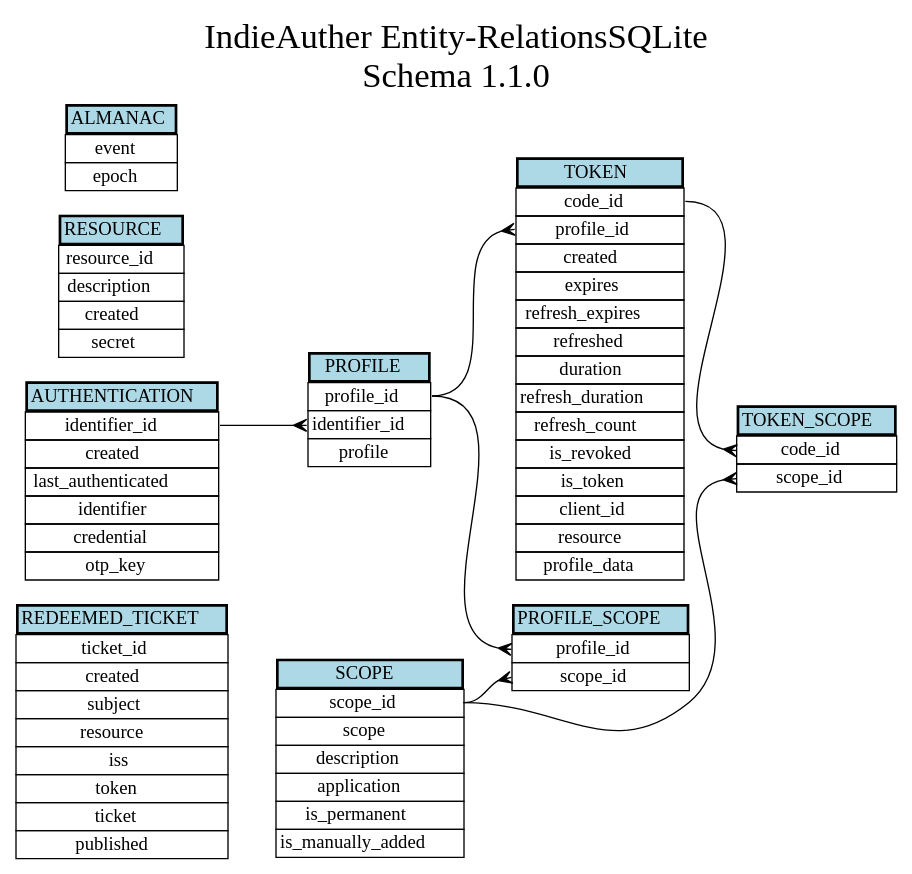
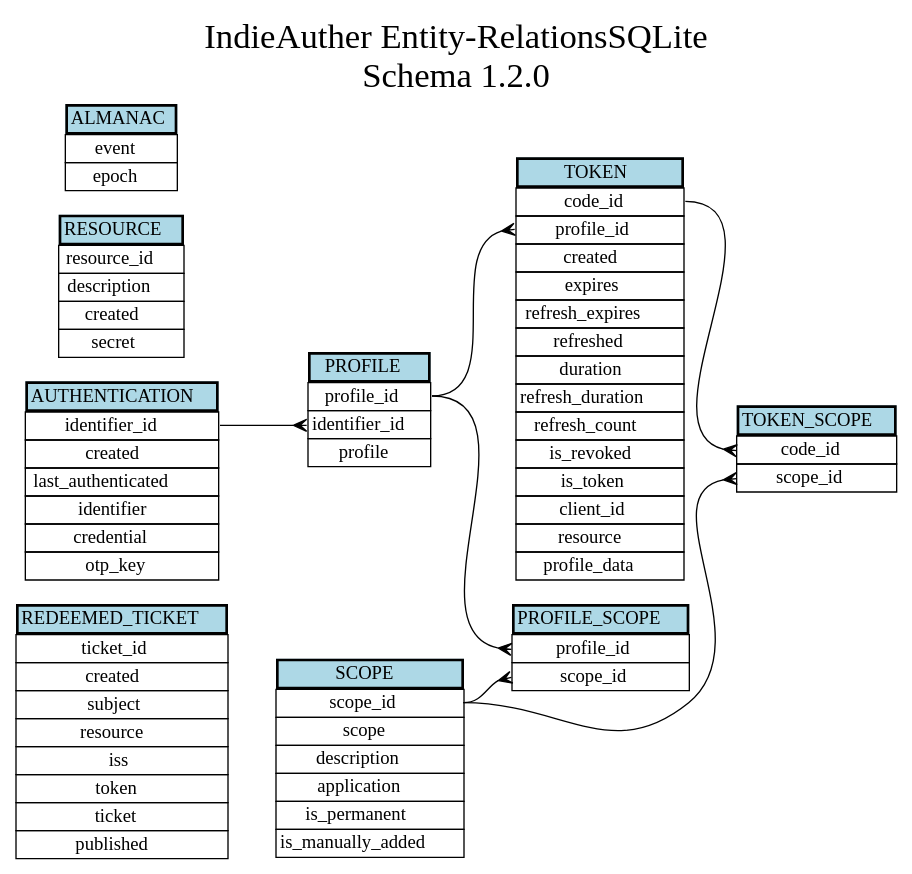
One commit to thylacine/indie-auther changed the diagram in src/db/sqlite/sql/schema/1.2.0/er.dot. Above: the diagram before and after it, drawn with Graphviz. The commit also changed 3 other files, not shown here.

Commit message:
fix latest db schema erd version

```diff
--- a/src/db/sqlite/sql/schema/1.2.0/er.dot
+++ b/src/db/sqlite/sql/schema/1.2.0/er.dot
@@ -1,121 +1,121 @@
 digraph indieAutherERD {
 	graph[
 		rankdir=LR,
 		overlap=false,
 		splines=true,
-		label="IndieAuther Entity-Relations\SQLite\nSchema 1.1.0",
+		label="IndieAuther Entity-Relations\SQLite\nSchema 1.2.0",
 		labelloc="t",
 		fontsize=26,
 	];
 	// layout=neato;
 	node[shape=plain];
 	edge[arrowhead=crow];
 
 	redeemed_ticket [label=<
 	<table cellspacing="0" cellborder="1" border="0">
 		<tr><td border="2" bgcolor="lightblue">REDEEMED_TICKET</td></tr>
 		<tr><td port="pk_ticket_id">ticket_id</td></tr>
 		<tr><td port="">created</td></tr>
 		<tr><td port="">subject</td></tr>
 		<tr><td port="">resource</td></tr>
 		<tr><td port="">iss</td></tr>
 		<tr><td port="">token</td></tr>
 		<tr><td port="">ticket</td></tr>
 		<tr><td port="">published</td></tr>
 	</table>
 	>]
 
 	token [label=<
 	<table cellspacing="0" cellborder="1" border="0">
 		<tr><td border="2" bgcolor="lightblue">TOKEN</td></tr>
 		<tr><td port="pk_code_id">code_id</td></tr>
 		<tr><td port="fk_profile_id">profile_id</td></tr>
 		<tr><td port="">created</td></tr>
 		<tr><td port="">expires</td></tr>
 		<tr><td port="">refresh_expires</td></tr>
 		<tr><td port="">refreshed</td></tr>
 		<tr><td port="">duration</td></tr>
 		<tr><td port="">refresh_duration</td></tr>
 		<tr><td port="">refresh_count</td></tr>
 		<tr><td port="">is_revoked</td></tr>
 		<tr><td port="">is_token</td></tr>
 		<tr><td port="">client_id</td></tr>
 		<tr><td port="">resource</td></tr>
 		<tr><td port="">profile_data</td></tr>
 	</table>
 	>];
 	profile:pk_profile_id -> token:fk_profile_id;
 
 	scope [label=<
 	<table cellspacing="0" cellborder="1" border="0">
 		<tr><td border="2" bgcolor="lightblue">SCOPE</td></tr>
 		<tr><td port="pk_scope_id">scope_id</td></tr>
 		<tr><td port="">scope</td></tr>
 		<tr><td port="">description</td></tr>
 		<tr><td port="">application</td></tr>
 		<tr><td port="">is_permanent</td></tr>
 		<tr><td port="">is_manually_added</td></tr>
 	</table>
 	>];
 
 	token_scope [label=<
 	<table cellspacing="0" cellborder="1" border="0">
 		<tr><td border="2" bgcolor="lightblue">TOKEN_SCOPE</td></tr>
 		<tr><td port="fk_code_id">code_id</td></tr>
 		<tr><td port="fk_scope_id">scope_id</td></tr>
 	</table>
 	>];
 	token:pk_code_id -> token_scope:fk_code_id;
 	scope:pk_scope_id -> token_scope:fk_scope_id;
 
 	profile [label=<
 	<table cellspacing="0" cellborder="1" border="0">
 		<tr><td border="2" bgcolor="lightblue">PROFILE</td></tr>
 		<tr><td port="pk_profile_id">profile_id</td></tr>
 		<tr><td port="fk_identifier_id">identifier_id</td></tr>
 		<tr><td port="">profile</td></tr>
 	</table>
 	>];
 	authentication:pk_identifier_id -> profile:fk_identifier_id;
 
 	profile_scope [label=<
 	<table cellspacing="0" cellborder="1" border="0">
 		<tr><td border="2" bgcolor="lightblue">PROFILE_SCOPE</td></tr>
 		<tr><td port="fk_profile_id">profile_id</td></tr>
 		<tr><td port="fk_scope_id">scope_id</td></tr>
 	</table>
 	>];
 	profile:pk_profile_id -> profile_scope:fk_profile_id;
 	scope:pk_scope_id -> profile_scope:fk_scope_id;
 
 	authentication [label=<
 	<table cellspacing="0" cellborder="1" border="0">
 			<tr><td border="2" bgcolor="lightblue">AUTHENTICATION</td></tr>
 			<tr><td port="pk_identifier_id">identifier_id</td></tr>
 			<tr><td port="">created</td></tr>
 			<tr><td port="">last_authenticated</td></tr>
 			<tr><td port="">identifier</td></tr>
 			<tr><td port="">credential</td></tr>
 			<tr><td port="">otp_key</td></tr>
 	</table>
 	>];
 
 	resource [label=<
 	<table cellspacing="0" cellborder="1" border="0">
 		<tr><td border="2" bgcolor="lightblue">RESOURCE</td></tr>
 		<tr><td port="pk_resource_id">resource_id</td></tr>
 		<tr><td port="">description</td></tr>
 		<tr><td port="">created</td></tr>
 		<tr><td port="">secret</td></tr>
 	</table>
 	>];
 
 	almanac [label=<
 	<table cellspacing="0" cellborder="1" border="0">
 		<tr><td border="2" bgcolor="lightblue">ALMANAC</td></tr>
 		<tr><td port="pk_event">event</td></tr>
 		<tr><td port="">epoch</td></tr>
 	</table>
 	>];
 
 }
```
